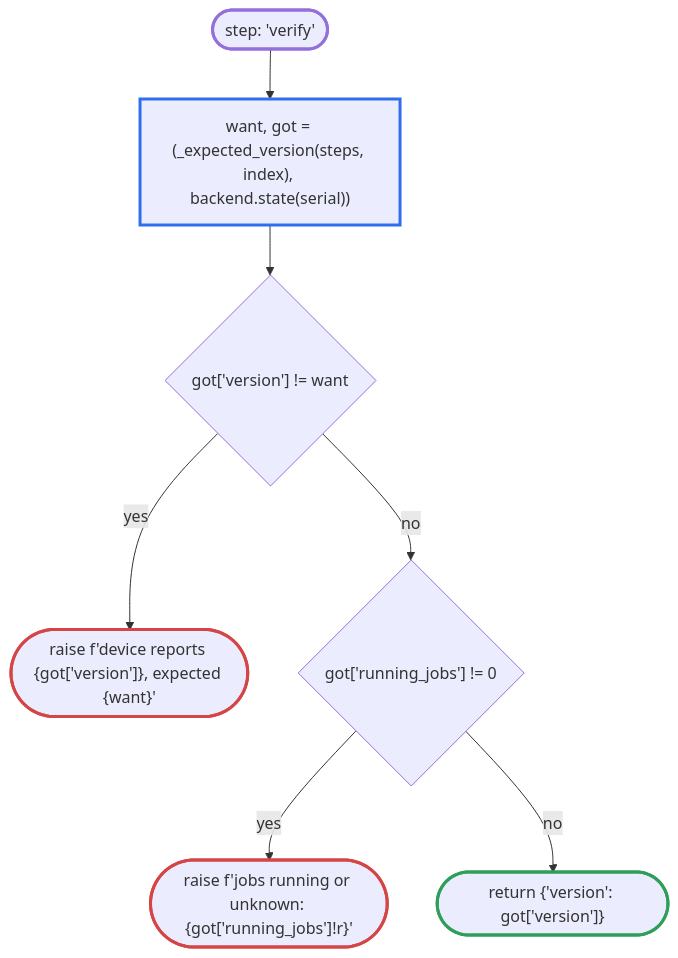
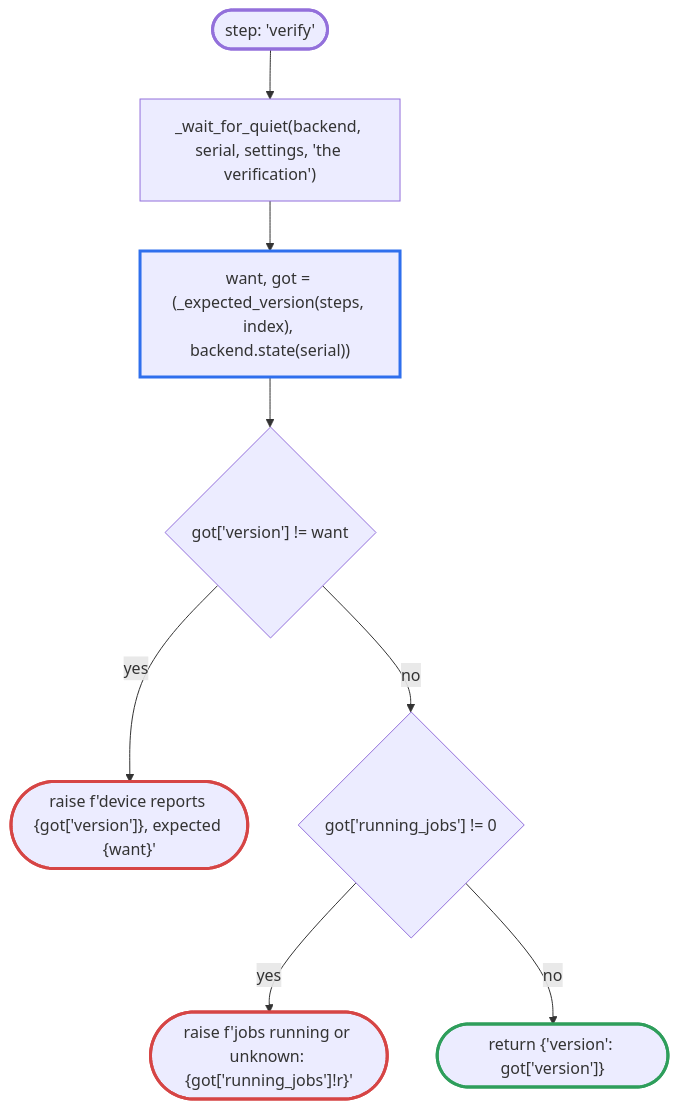
One commit to fettigcj/panUpgrade changed diagram 15 of 19 in docs/flow/upgrade.md. Above: the diagram before and after it, drawn with Mermaid. The commit also changed other lines of this file and 9 other files, not shown here.

````diff
--- a/docs/flow/upgrade.md
+++ b/docs/flow/upgrade.md
@@ -543,26 +548,28 @@
 ```mermaid
 flowchart TD
     d9_1(["step: 'verify'"])
-    d9_2["want, got = (_expected_version(steps, index), backend.state(serial))"]
-    d9_3{"got['version'] != want"}
-    d9_4(["raise f'device reports {got['version']}, expected {want}'"])
-    d9_5{"got['running_jobs'] != 0"}
-    d9_6(["raise f'jobs running or unknown: {got['running_jobs']!r}'"])
-    d9_7(["return {'version': got['version']}"])
+    d9_2["_wait_for_quiet(backend, serial, settings, 'the verification')"]
+    d9_3["want, got = (_expected_version(steps, index), backend.state(serial))"]
+    d9_4{"got['version'] != want"}
+    d9_5(["raise f'device reports {got['version']}, expected {want}'"])
+    d9_6{"got['running_jobs'] != 0"}
+    d9_7(["raise f'jobs running or unknown: {got['running_jobs']!r}'"])
+    d9_8(["return {'version': got['version']}"])
     d9_1 --> d9_2
     d9_2 --> d9_3
-    d9_3 -->|yes| d9_4
-    d9_3 -->|no| d9_5
-    d9_5 -->|yes| d9_6
-    d9_5 -->|no| d9_7
+    d9_3 --> d9_4
+    d9_4 -->|yes| d9_5
+    d9_4 -->|no| d9_6
+    d9_6 -->|yes| d9_7
+    d9_6 -->|no| d9_8
     classDef api stroke:#2f6fed,stroke-width:3px
     classDef refuse stroke:#d64545,stroke-width:3px
     classDef done stroke:#2e9e5b,stroke-width:3px
     classDef step stroke:#e0a020,stroke-width:3px
     classDef entry stroke-width:3px
     class d9_1 entry
-    class d9_2 api
-    class d9_4 refuse
-    class d9_6 refuse
-    class d9_7 done
+    class d9_3 api
+    class d9_5 refuse
+    class d9_7 refuse
+    class d9_8 done
 ```
````
